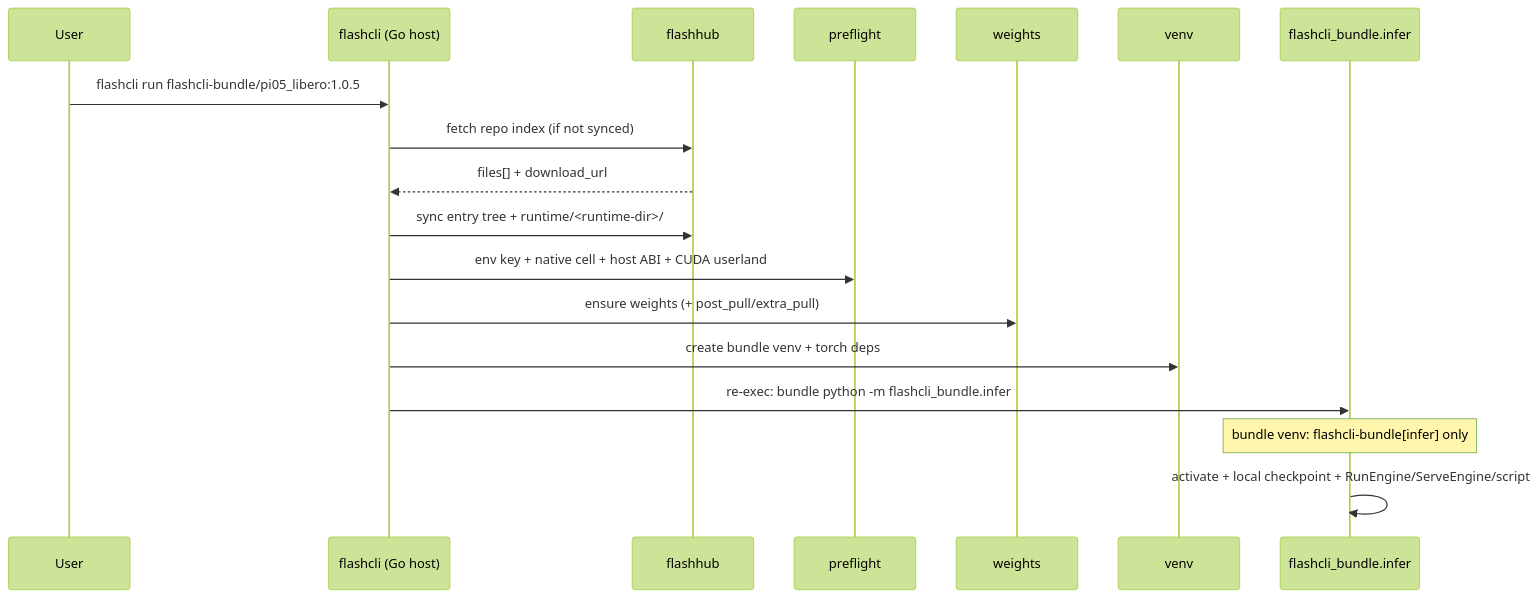
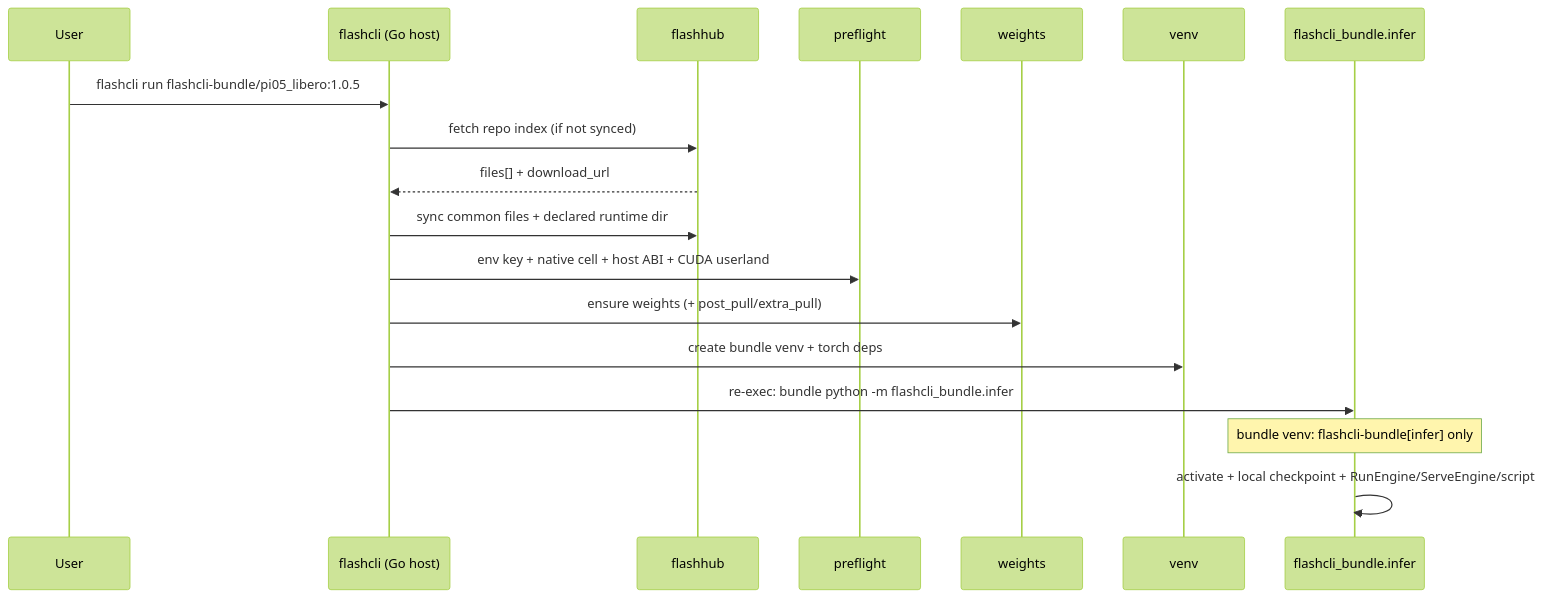
One commit to aodianyun/flashcli changed the diagram in docs/architecture.md. Above: the diagram before and after it, drawn with Mermaid (forest theme). The commit also changed other lines of this file and 42 other files, not shown here.

````diff
--- a/docs/architecture.md
+++ b/docs/architecture.md
@@ -72,21 +72,21 @@
 ```mermaid
 sequenceDiagram
   participant U as User
   participant CLI as flashcli (Go host)
   participant FH as flashhub
   participant Pre as preflight
   participant W as weights
   participant Venv as venv
   participant Infer as flashcli_bundle.infer
 
   U->>CLI: flashcli run flashcli-bundle/pi05_libero:1.0.5
   CLI->>FH: fetch repo index (if not synced)
   FH-->>CLI: files[] + download_url
-  CLI->>FH: sync entry tree + runtime/<runtime-dir>/
+  CLI->>FH: sync common files + declared runtime dir
   CLI->>Pre: env key + native cell + host ABI + CUDA userland
   CLI->>W: ensure weights (+ post_pull/extra_pull)
   CLI->>Venv: create bundle venv + torch deps
   CLI->>Infer: re-exec: bundle python -m flashcli_bundle.infer
   Note over Infer: bundle venv: flashcli-bundle[infer] only
   Infer->>Infer: activate + local checkpoint + RunEngine/ServeEngine/script
 ```
````
